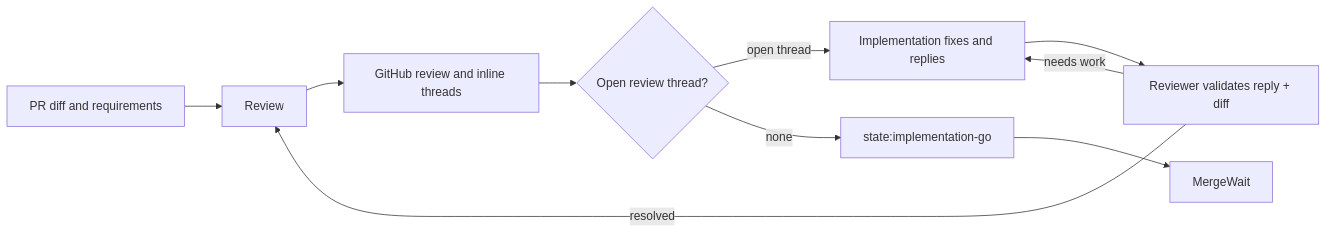
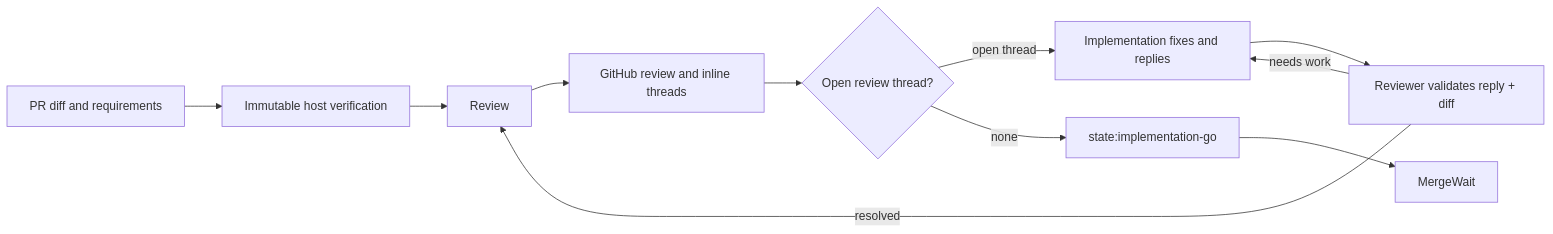
Diagram 11 of 16 in docs/architecture.md (HomericIntelligence/Hephaestus), drawn with Mermaid before and after one commit. The commit also changed other lines of this file and 11 other files, not shown here.

Commit message:
fix(automation): add host review verification (#2535)

````diff
--- a/docs/architecture.md
+++ b/docs/architecture.md
@@ -918,11 +925,11 @@
 ```mermaid
 flowchart LR
-    PR["PR diff and requirements"] --> Review
+    PR["PR diff and requirements"] --> Snapshot["Immutable host verification"] --> Review
     Review --> GitHub["GitHub review and inline threads"]
     GitHub --> Gate{"Open review thread?"}
     Gate -->|"open thread"| Address["Implementation fixes and replies"] --> Validate["Reviewer validates reply + diff"]
     Validate -->|"resolved"| Review
     Validate -->|"needs work"| Address
     Gate -->|"none"| Approve["state:implementation-go"]
     Approve --> MergeWait
 ```
````
